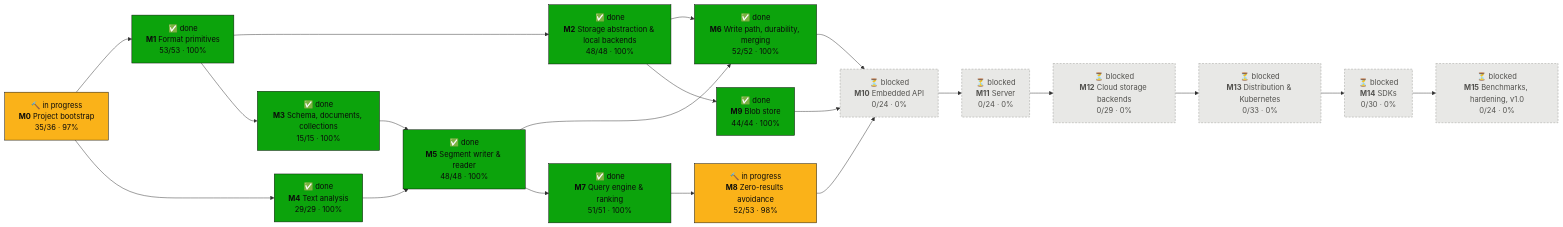
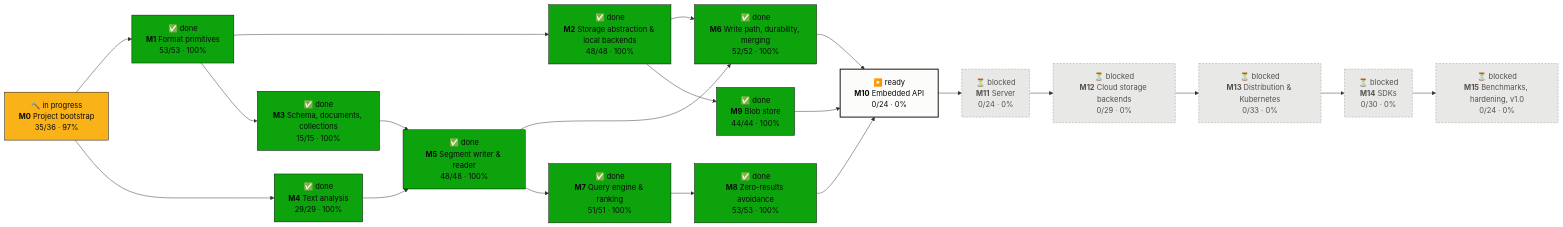
One commit to tomiok/persiaDB changed the first of 2 diagrams in PROGRESS.md. Above: the diagram before and after it, drawn with Mermaid. The commit also changed other lines of this file and 3 other files, not shown here.

First line of the commit message:
docs(roadmap): tick 8.1.26 as unreachable through compile (#125)

````diff
--- a/PROGRESS.md
+++ b/PROGRESS.md
@@ -16,42 +16,42 @@
 ```mermaid
 flowchart LR
   M0["🔨 in progress<br/><b>M0</b> Project bootstrap<br/>35/36 · 97%"]:::doing
   M1["✅ done<br/><b>M1</b> Format primitives<br/>53/53 · 100%"]:::done
   M2["✅ done<br/><b>M2</b> Storage abstraction & local backends<br/>48/48 · 100%"]:::done
   M3["✅ done<br/><b>M3</b> Schema, documents, collections<br/>15/15 · 100%"]:::done
   M4["✅ done<br/><b>M4</b> Text analysis<br/>29/29 · 100%"]:::done
   M5["✅ done<br/><b>M5</b> Segment writer & reader<br/>48/48 · 100%"]:::done
   M6["✅ done<br/><b>M6</b> Write path, durability, merging<br/>52/52 · 100%"]:::done
   M7["✅ done<br/><b>M7</b> Query engine & ranking<br/>51/51 · 100%"]:::done
-  M8["🔨 in progress<br/><b>M8</b> Zero-results avoidance<br/>52/53 · 98%"]:::doing
+  M8["✅ done<br/><b>M8</b> Zero-results avoidance<br/>53/53 · 100%"]:::done
   M9["✅ done<br/><b>M9</b> Blob store<br/>44/44 · 100%"]:::done
-  M10["⏳ blocked<br/><b>M10</b> Embedded API<br/>0/24 · 0%"]:::blocked
+  M10["▶️ ready<br/><b>M10</b> Embedded API<br/>0/24 · 0%"]:::ready
   M11["⏳ blocked<br/><b>M11</b> Server<br/>0/24 · 0%"]:::blocked
   M12["⏳ blocked<br/><b>M12</b> Cloud storage backends<br/>0/29 · 0%"]:::blocked
   M13["⏳ blocked<br/><b>M13</b> Distribution & Kubernetes<br/>0/33 · 0%"]:::blocked
   M14["⏳ blocked<br/><b>M14</b> SDKs<br/>0/30 · 0%"]:::blocked
   M15["⏳ blocked<br/><b>M15</b> Benchmarks, hardening, v1.0<br/>0/24 · 0%"]:::blocked
   M0 --> M1
   M1 --> M2
   M1 --> M3
   M0 --> M4
   M3 --> M5
   M4 --> M5
   M2 --> M6
   M5 --> M6
   M5 --> M7
   M7 --> M8
   M2 --> M9
   M6 --> M10
   M8 --> M10
   M9 --> M10
   M10 --> M11
   M11 --> M12
   M12 --> M13
   M13 --> M14
   M14 --> M15
   classDef done fill:#0ca30c,stroke:#0b0b0b,color:#0b0b0b
   classDef doing fill:#fab219,stroke:#0b0b0b,color:#0b0b0b
   classDef ready fill:#fcfcfb,stroke:#0b0b0b,stroke-width:2px,color:#0b0b0b
   classDef blocked fill:#e8e8e6,stroke:#9a9a96,stroke-dasharray:4 3,color:#52514e
 ```
````
